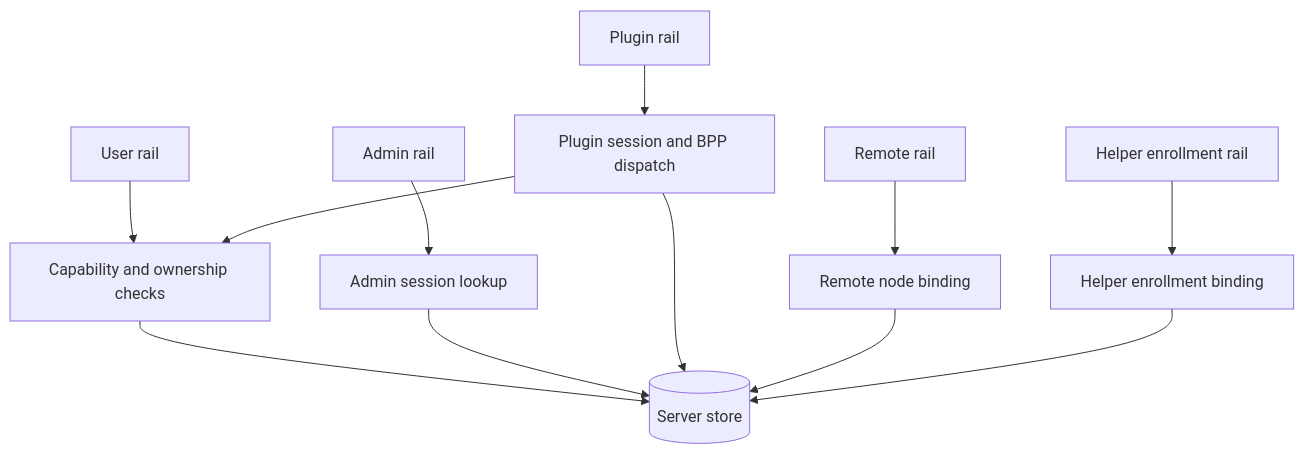
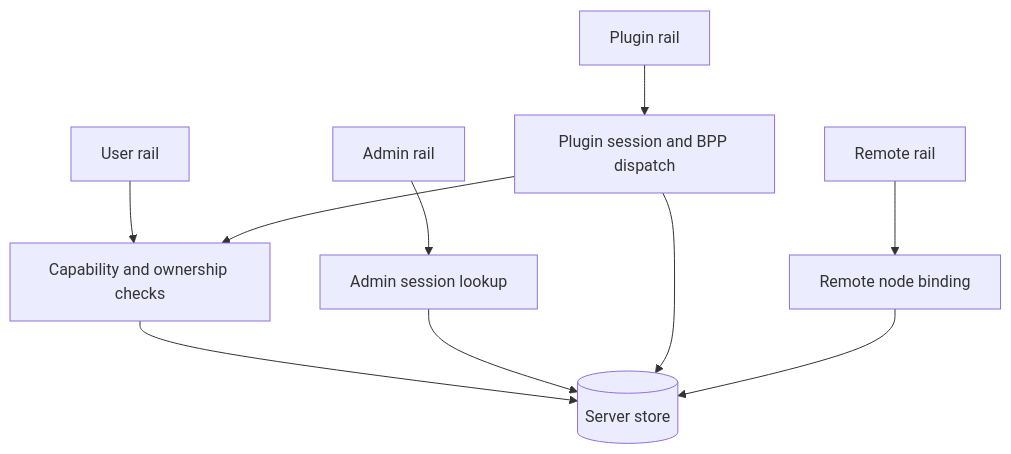
The diagram in docs/current/server/api-auth-admin-rails.md (codetreker/borgee), drawn with Mermaid before and after one commit. The commit also changed other lines of this file and 27 other files, not shown here.

````diff
--- a/docs/current/server/api-auth-admin-rails.md
+++ b/docs/current/server/api-auth-admin-rails.md
@@ -9,21 +9,18 @@
 ```mermaid
 flowchart TB
   user[User rail]
   admin[Admin rail]
   plugin[Plugin rail]
   remote[Remote rail]
-  helperEnroll[Helper enrollment rail]
   caps[Capability and ownership checks]
   adminSession[Admin session lookup]
   pluginState[Plugin session and BPP dispatch]
   remoteState[Remote node binding]
-  helperState[Helper enrollment binding]
   store[(Server store)]
 
   user --> caps --> store
   admin --> adminSession --> store
   plugin --> pluginState --> store
   remote --> remoteState --> store
-  helperEnroll --> helperState --> store
   pluginState --> caps
 ```
````
